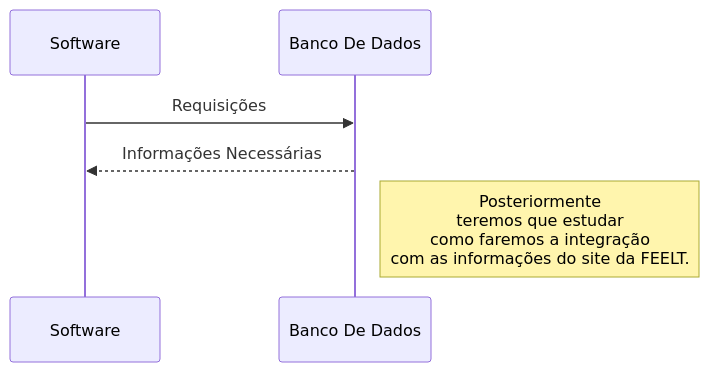
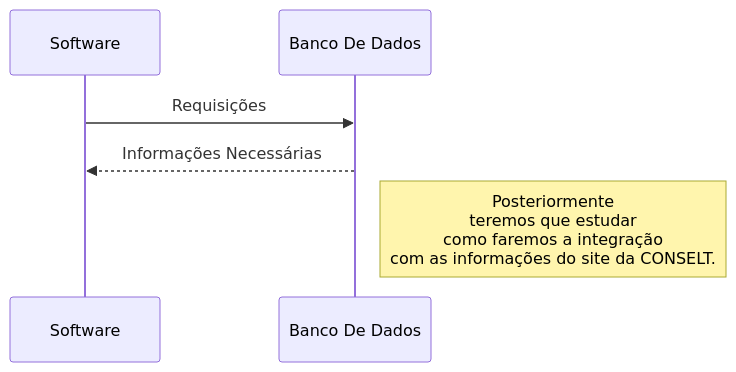
One commit to asciiej/JUS-Consultoria-Front-End changed the diagram in README.md. Above: the diagram before and after it, drawn with Mermaid. The commit also changed other lines of this file, not shown here.

````diff
--- a/README.md
+++ b/README.md
@@ -16,8 +16,8 @@
 ```mermaid
 sequenceDiagram
 Software->> Banco De Dados: Requisições
 Banco De Dados-->>Software: Informações Necessárias
 
-Note right of Banco De Dados: Posteriormente<br/>teremos que estudar<br/>como faremos a integração<br/> com as informações do site da FEELT.
+Note right of Banco De Dados: Posteriormente<br/>teremos que estudar<br/>como faremos a integração<br/> com as informações do site da CONSELT.
 
 ```
````
